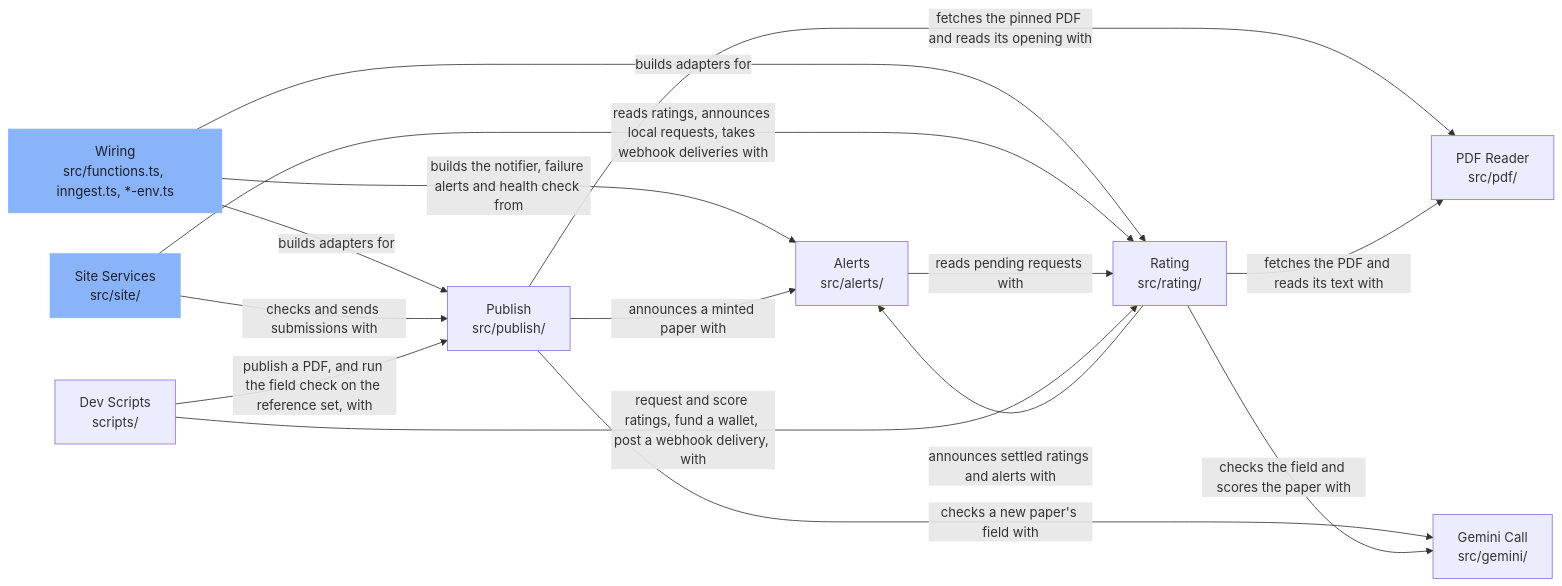
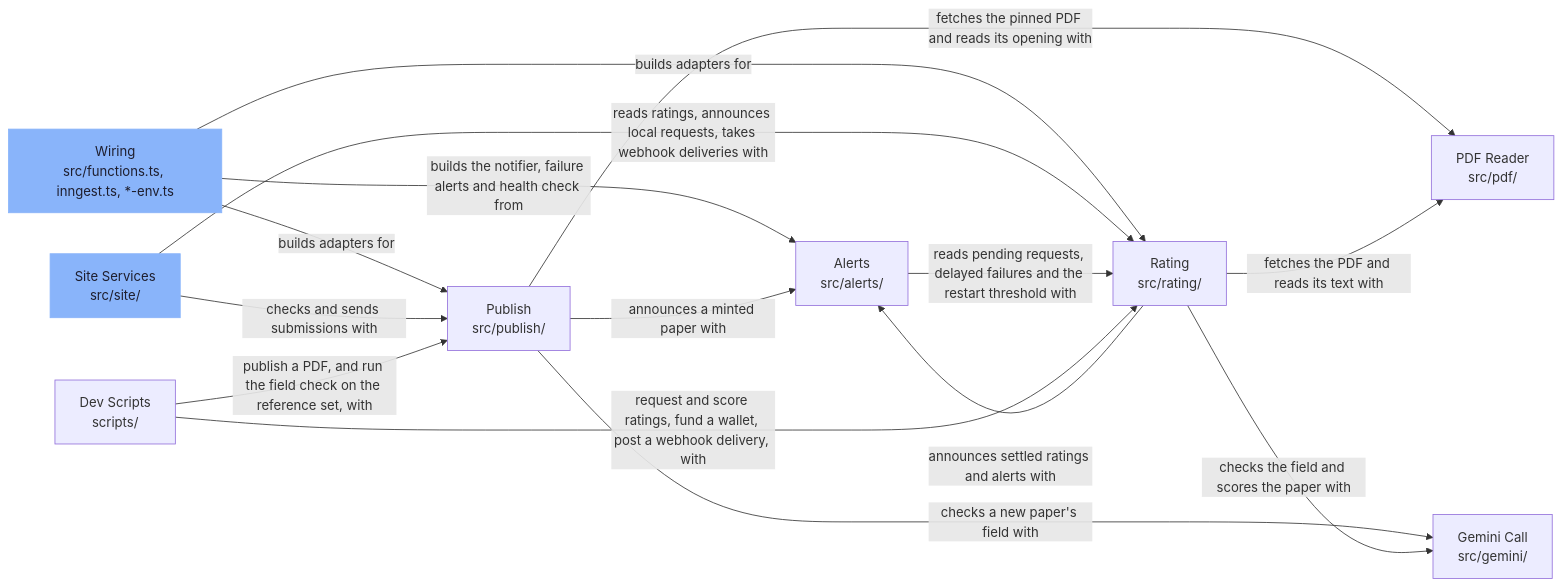
One commit to SiegfriedBz/labstrail changed the diagram in .omm/overall-architecture/workflows/diagram.mmd. Above: the diagram before and after it, drawn with Mermaid. The commit also changed 34 other files, not shown here.

First line of the commit message:
fix(repo): full titles, LabsTrail share image, delayed-rating messages (#59)

```diff
--- a/.omm/overall-architecture/workflows/diagram.mmd
+++ b/.omm/overall-architecture/workflows/diagram.mmd
@@ -1,17 +1,17 @@
 graph LR
     wiring["Wiring\nsrc/functions.ts, inngest.ts, *-env.ts"] -->|"builds adapters for"| publish["Publish\nsrc/publish/"]
     wiring -->|"builds adapters for"| rating["Rating\nsrc/rating/"]
     wiring -->|"builds the notifier, failure alerts and health check from"| alerts["Alerts\nsrc/alerts/"]
     site["Site Services\nsrc/site/"] -->|"checks and sends submissions with"| publish
     site -->|"reads ratings, announces local requests, takes webhook deliveries with"| rating
     publish -->|"fetches the pinned PDF and reads its opening with"| pdf["PDF Reader\nsrc/pdf/"]
     rating -->|"fetches the PDF and reads its text with"| pdf
     publish -->|"checks a new paper's field with"| gemini["Gemini Call\nsrc/gemini/"]
     rating -->|"checks the field and scores the paper with"| gemini
     publish -->|"announces a minted paper with"| alerts
     rating -->|"announces settled ratings and alerts with"| alerts
-    alerts -->|"reads pending requests with"| rating
+    alerts -->|"reads pending requests, delayed failures and the restart threshold with"| rating
     scripts["Dev Scripts\nscripts/"] -->|"request and score ratings, fund a wallet, post a webhook delivery, with"| rating
     scripts -->|"publish a PDF, and run the field check on the reference set, with"| publish
     classDef entry fill:#89b4fa,stroke:#89b4fa,color:#1e1e2e
     class wiring,site entry
```
